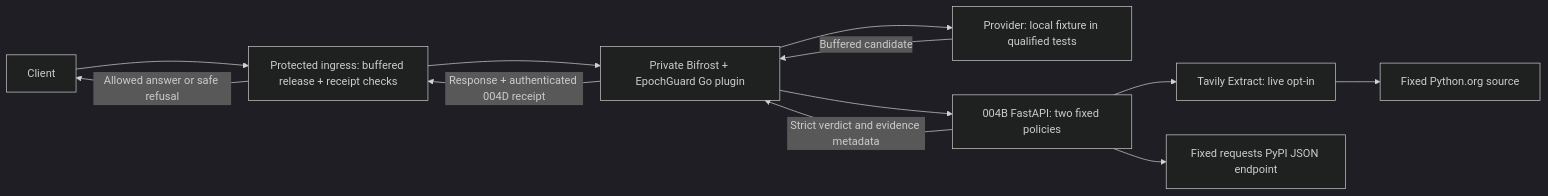
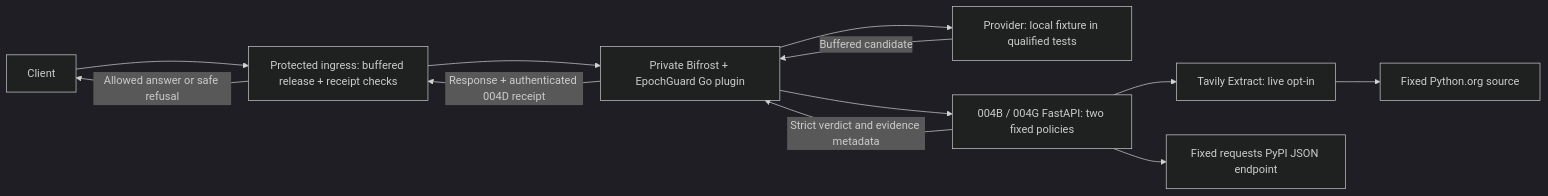
Before and after one commit to aditya6927/epochguard: the diagram in README.md, drawn with Mermaid (dark theme). The commit also changed other lines of this file and 33 other files, not shown here.

````diff
--- a/README.md
+++ b/README.md
@@ -21,14 +21,14 @@
 ```mermaid
 flowchart LR
     Client --> Ingress["Protected ingress: buffered release + receipt checks"]
     Ingress --> Gateway["Private Bifrost + EpochGuard Go plugin"]
     Gateway --> Provider["Provider: local fixture in qualified tests"]
     Provider -->|Buffered candidate| Gateway
-    Gateway --> Verifier["004B FastAPI: two fixed policies"]
+    Gateway --> Verifier["004B / 004G FastAPI: two fixed policies"]
     Verifier --> Tavily["Tavily Extract: live opt-in"]
     Tavily --> Source["Fixed Python.org source"]
     Verifier --> PyPI["Fixed requests PyPI JSON endpoint"]
     Verifier -->|Strict verdict and evidence metadata| Gateway
     Gateway -->|Response + authenticated 004D receipt| Ingress
     Ingress -->|Allowed answer or safe refusal| Client
 ```
````
